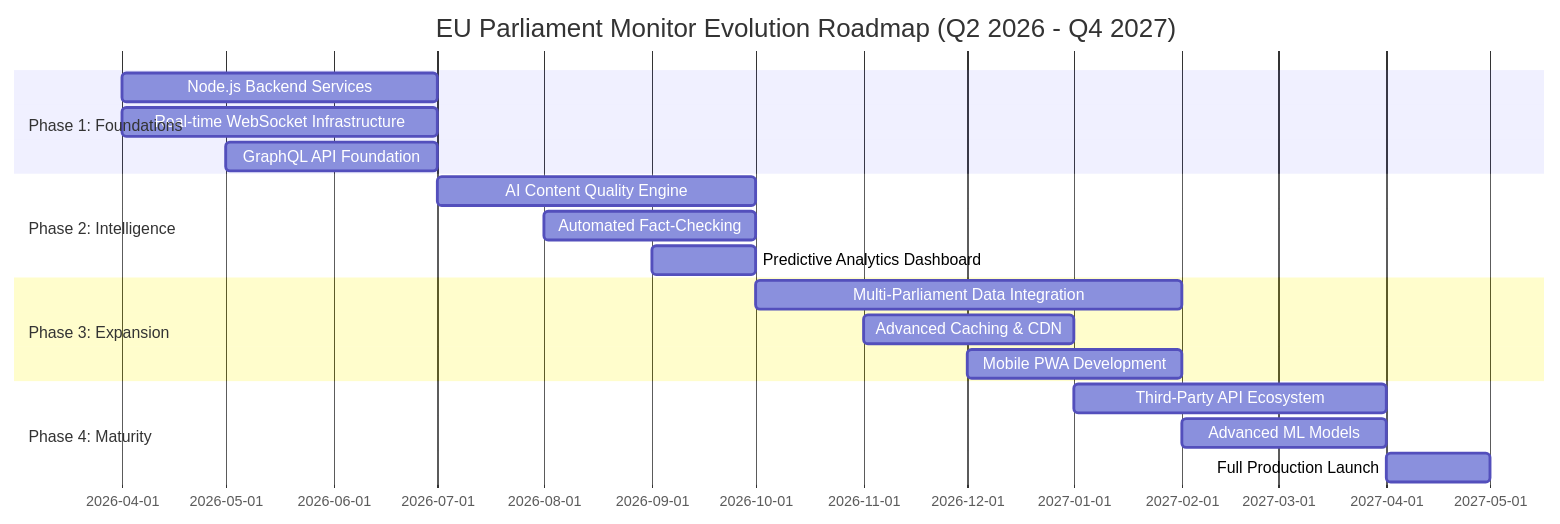
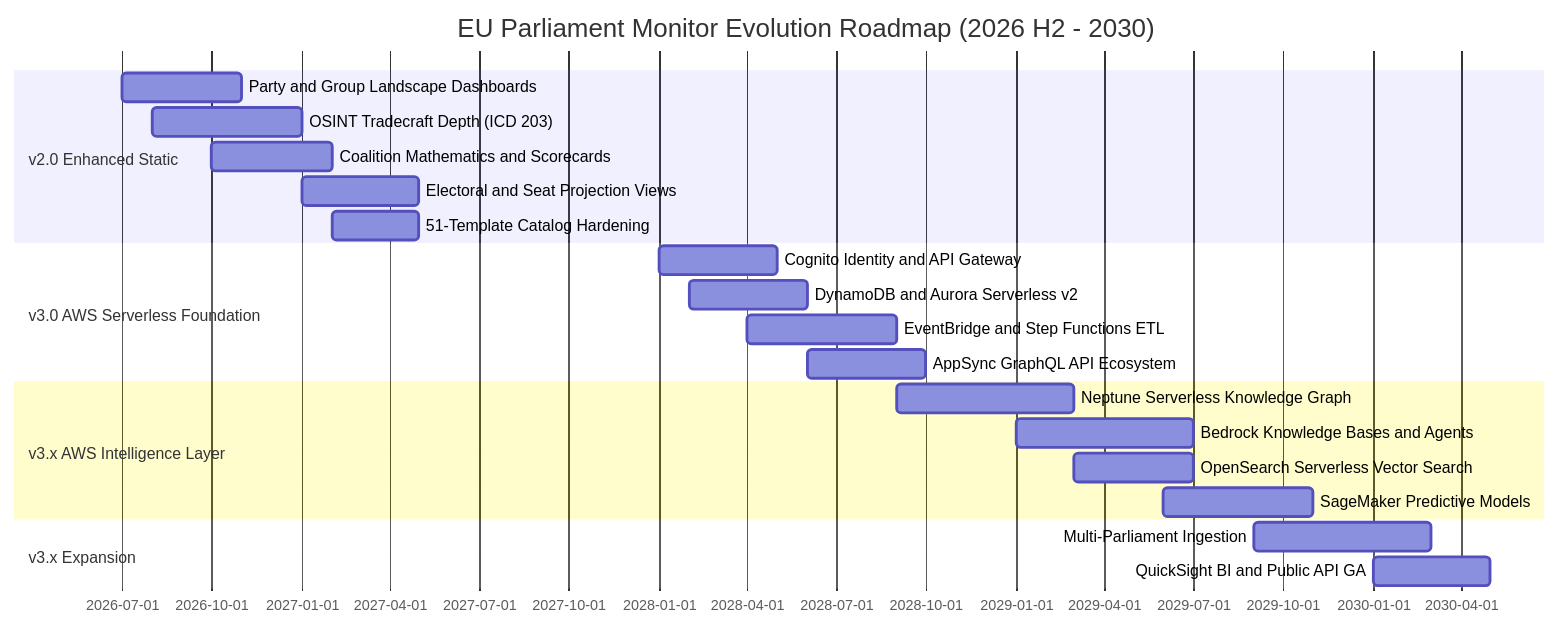
Before and after one commit to Hack23/euparliamentmonitor: the first of 8 diagrams in FUTURE_ARCHITECTURE.md, drawn with Mermaid. The commit also changed other lines of this file and 5 other files, not shown here.

Commit message:
docs: rewrite FUTURE architecture portfolio for v2.0/v3.0 all-in-AWS vision

````diff
--- a/FUTURE_ARCHITECTURE.md
+++ b/FUTURE_ARCHITECTURE.md
@@ -127,25 +163,28 @@
 ```mermaid
 gantt
-    title EU Parliament Monitor Evolution Roadmap (Q2 2026 - Q4 2027)
+    title EU Parliament Monitor Evolution Roadmap (2026 H2 - 2030)
     dateFormat YYYY-MM
 
-    section Phase 1: Foundations
-    Node.js Backend Services           :p1a, 2026-04, 3M
-    Real-time WebSocket Infrastructure :p1b, 2026-04, 3M
-    GraphQL API Foundation            :p1c, 2026-05, 2M
+    section v2.0 Enhanced Static
+    Party and Group Landscape Dashboards :v2a, 2026-07, 4M
+    OSINT Tradecraft Depth (ICD 203)     :v2b, 2026-08, 5M
+    Coalition Mathematics and Scorecards :v2c, 2026-10, 4M
+    Electoral and Seat Projection Views  :v2d, 2027-01, 4M
+    51-Template Catalog Hardening        :v2e, 2027-02, 3M
 
-    section Phase 2: Intelligence
-    AI Content Quality Engine         :p2a, 2026-07, 3M
-    Automated Fact-Checking          :p2b, 2026-08, 2M
-    Predictive Analytics Dashboard    :p2c, 2026-09, 1M
+    section v3.0 AWS Serverless Foundation
+    Cognito Identity and API Gateway     :v3a, 2028-01, 4M
+    DynamoDB and Aurora Serverless v2    :v3b, 2028-02, 4M
+    EventBridge and Step Functions ETL   :v3c, 2028-04, 5M
+    AppSync GraphQL API Ecosystem        :v3d, 2028-06, 4M
 
-    section Phase 3: Expansion
-    Multi-Parliament Data Integration :p3a, 2026-10, 4M
-    Advanced Caching & CDN           :p3b, 2026-11, 2M
-    Mobile PWA Development           :p3c, 2026-12, 2M
+    section v3.x AWS Intelligence Layer
+    Neptune Serverless Knowledge Graph   :v3e, 2028-09, 6M
+    Bedrock Knowledge Bases and Agents   :v3f, 2029-01, 6M
+    OpenSearch Serverless Vector Search  :v3g, 2029-03, 4M
+    SageMaker Predictive Models          :v3h, 2029-06, 5M
 
-    section Phase 4: Maturity
-    Third-Party API Ecosystem        :p4a, 2027-01, 3M
-    Advanced ML Models              :p4b, 2027-02, 2M
-    Full Production Launch          :p4c, 2027-04, 1M
+    section v3.x Expansion
+    Multi-Parliament Ingestion           :v3i, 2029-09, 6M
+    QuickSight BI and Public API GA      :v3j, 2030-01, 4M
 ```
````
